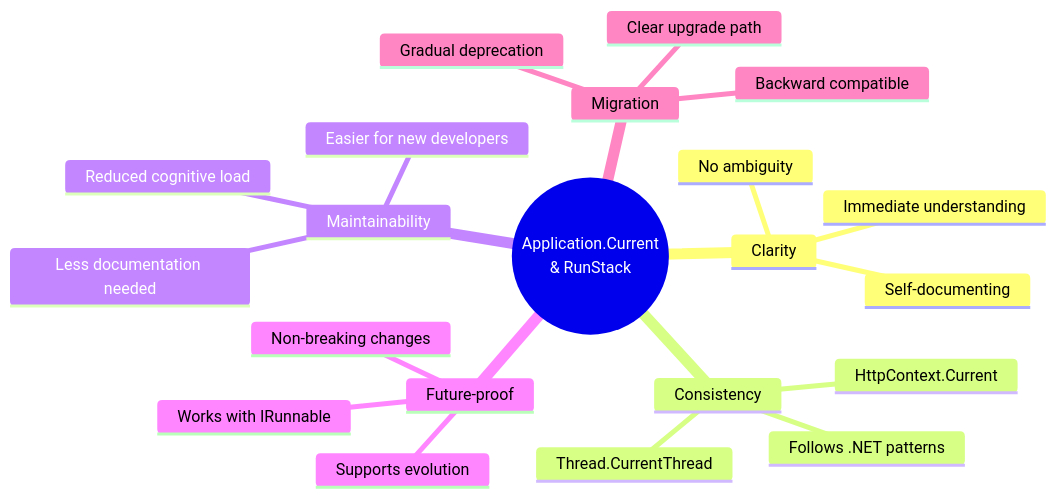
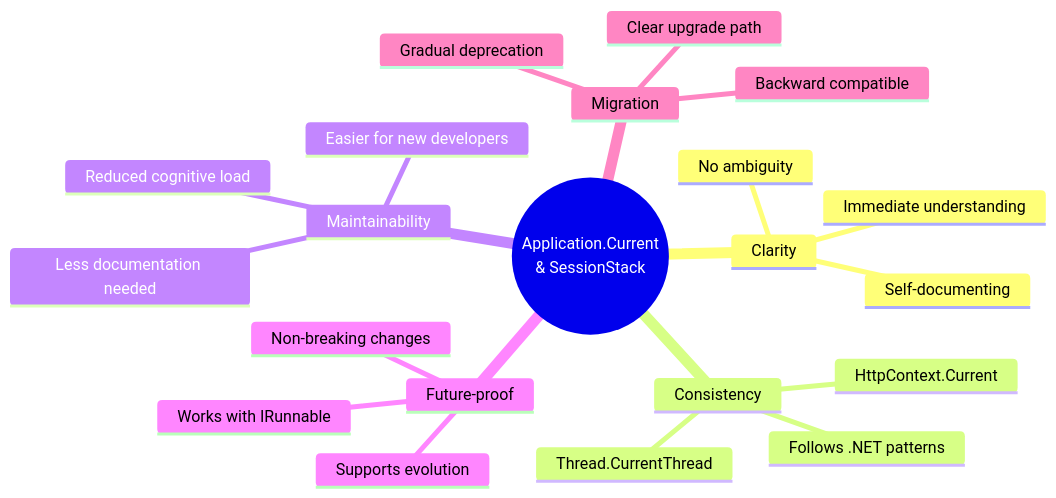
Diagram 11 of 11 in docfx/docs/terminology-diagrams.md (gui-cs/Terminal.Gui), drawn with Mermaid before and after one commit. The commit also changed other lines of this file and 4 other files, not shown here.

Commit message:
Update proposal: RunStack → SessionStack to align with SessionToken terminology

````diff
--- a/docfx/docs/terminology-diagrams.md
+++ b/docfx/docs/terminology-diagrams.md
@@ -283,24 +283,24 @@
 ```mermaid
 mindmap
-  root((Application.Current<br/>& RunStack))
+  root((Application.Current<br/>& SessionStack))
     Clarity
       Self-documenting
       No ambiguity
       Immediate understanding
     Consistency
       Follows .NET patterns
       Thread.CurrentThread
       HttpContext.Current
     Maintainability
       Easier for new developers
       Less documentation needed
       Reduced cognitive load
     Future-proof
       Works with IRunnable
       Supports evolution
       Non-breaking changes
     Migration
       Backward compatible
       Gradual deprecation
       Clear upgrade path
 ```
````
